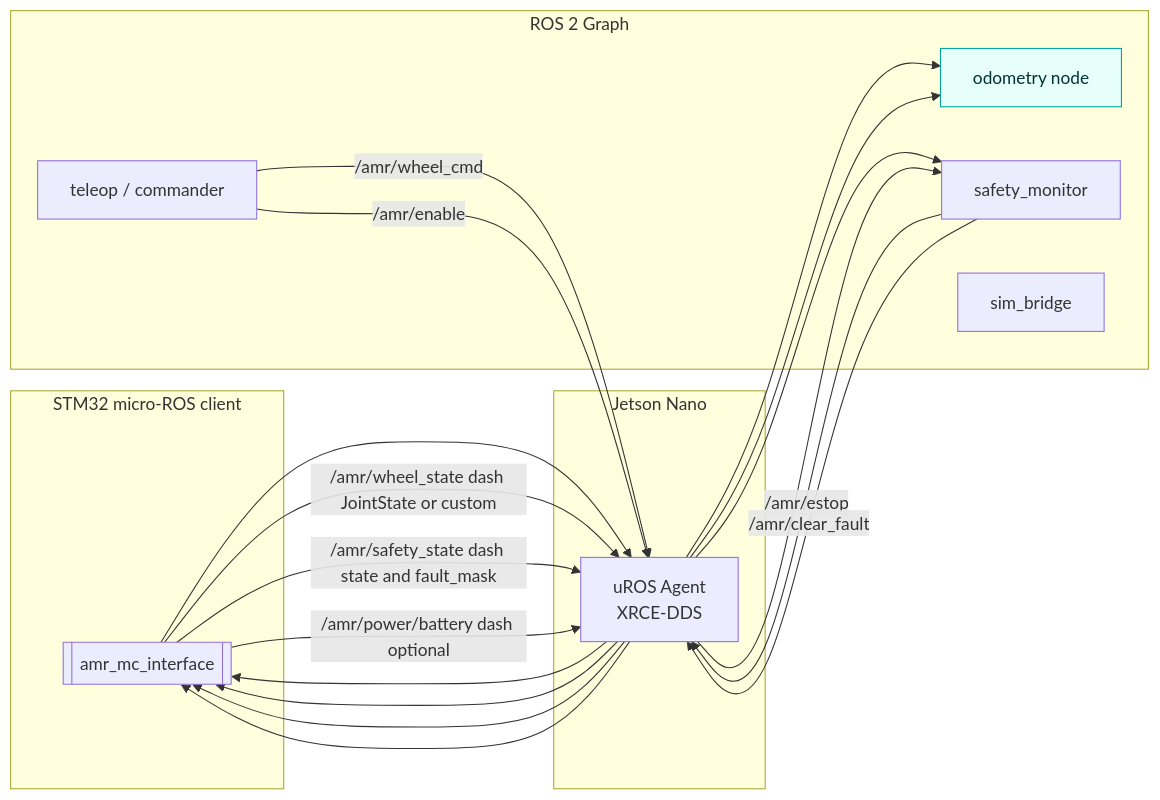
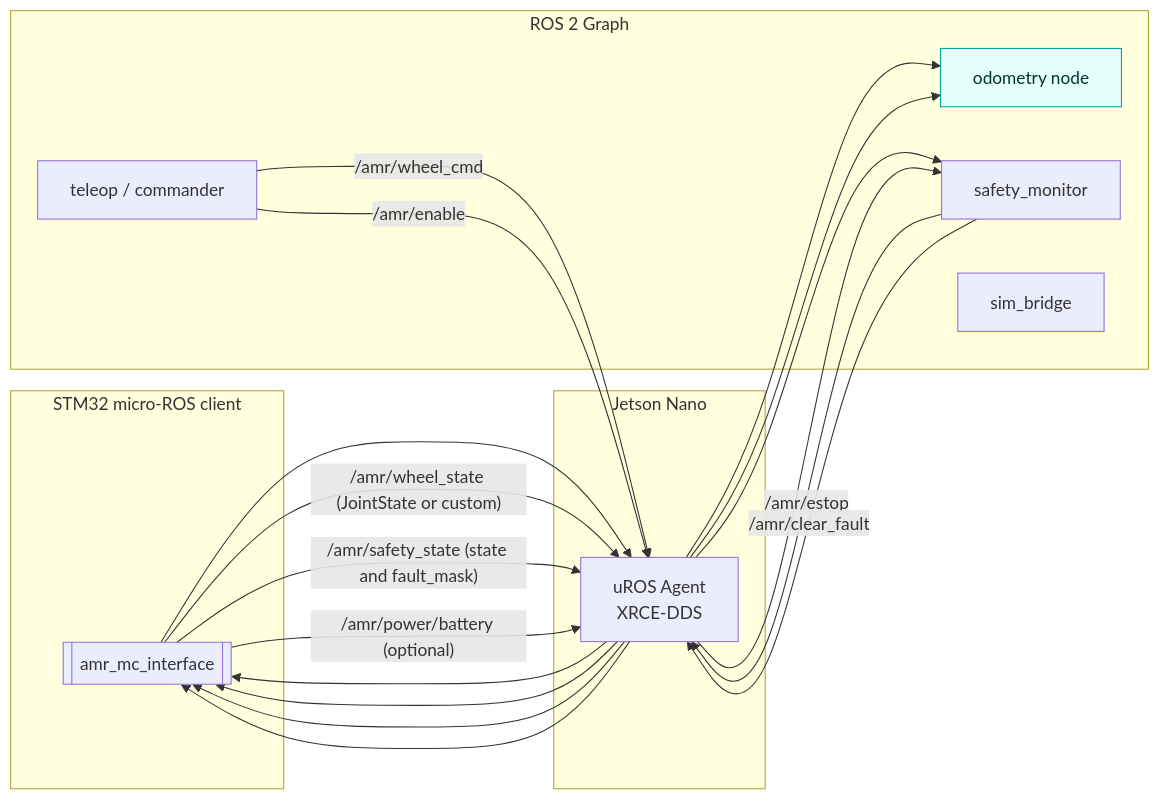
The second of 2 diagrams in docs/micro_ros_architecture.md (KartikMehta-1/AMR-development), drawn with Mermaid before and after one commit. The commit also changed other lines of this file and 68 other files, not shown here.

````diff
--- a/docs/micro_ros_architecture.md
+++ b/docs/micro_ros_architecture.md
@@ -87,31 +87,31 @@
 ```mermaid
 flowchart LR
   subgraph MCU[STM32 micro-ROS client]
     MNode[[amr_mc_interface]]
   end
 
   subgraph AGENT[Jetson Nano]
     UAgent[uROS Agent\nXRCE-DDS]
   end
 
   subgraph ROS[ROS 2 Graph]
     Odometry[odometry node]
     SafetyMon[safety_monitor]
     Teleop[teleop / commander]
     SimBridge[sim_bridge]
   end
 
   %% Subscriptions on MCU
   Teleop -- /amr/wheel_cmd --> UAgent --> MNode
   SafetyMon -- /amr/estop --> UAgent --> MNode
   Teleop -- /amr/enable --> UAgent --> MNode
   SafetyMon -- /amr/clear_fault --> UAgent --> MNode
 
   %% Publications from MCU
   MNode --> UAgent --> Odometry:::tealPub
-  MNode -- /amr/wheel_state dash JointState or custom --> UAgent --> Odometry
-  MNode -- /amr/safety_state dash state and fault_mask --> UAgent --> SafetyMon
-  MNode -- /amr/power/battery dash optional --> UAgent --> SafetyMon
+  MNode -- /amr/wheel_state (JointState or custom) --> UAgent --> Odometry
+  MNode -- /amr/safety_state (state and fault_mask) --> UAgent --> SafetyMon
+  MNode -- /amr/power/battery (optional) --> UAgent --> SafetyMon
 
   classDef tealPub fill:#e6fffb,stroke:#00a3a3,color:#003333
 ```
````
